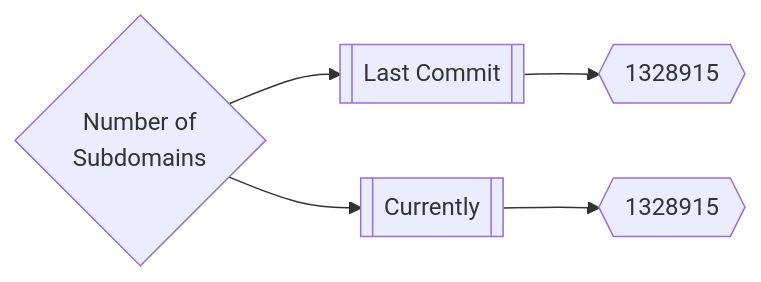
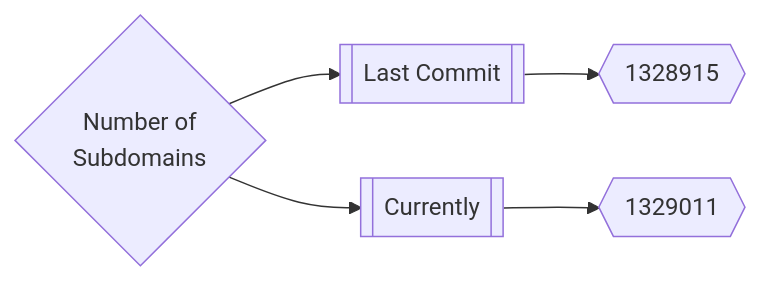
One commit to trickest/inventory changed the first of 3 diagrams in README.md. Above: the diagram before and after it, drawn with Mermaid. The commit also changed other lines of this file, not shown here.

Commit message:
Update Wed Apr  6 07:13:37 UTC 2022

````diff
--- a/README.md
+++ b/README.md
@@ -165,5 +165,5 @@
 ```mermaid
 graph LR
 title{Number of<br>Subdomains} --> subdomainsDate1[[Last Commit]] --> subdomainsNum1{{1328915}}
-title --> subdomainsDate2[[Currently]] --> subdomainsNum2{{1328915}}
+title --> subdomainsDate2[[Currently]] --> subdomainsNum2{{1329011}}
 ```
````
